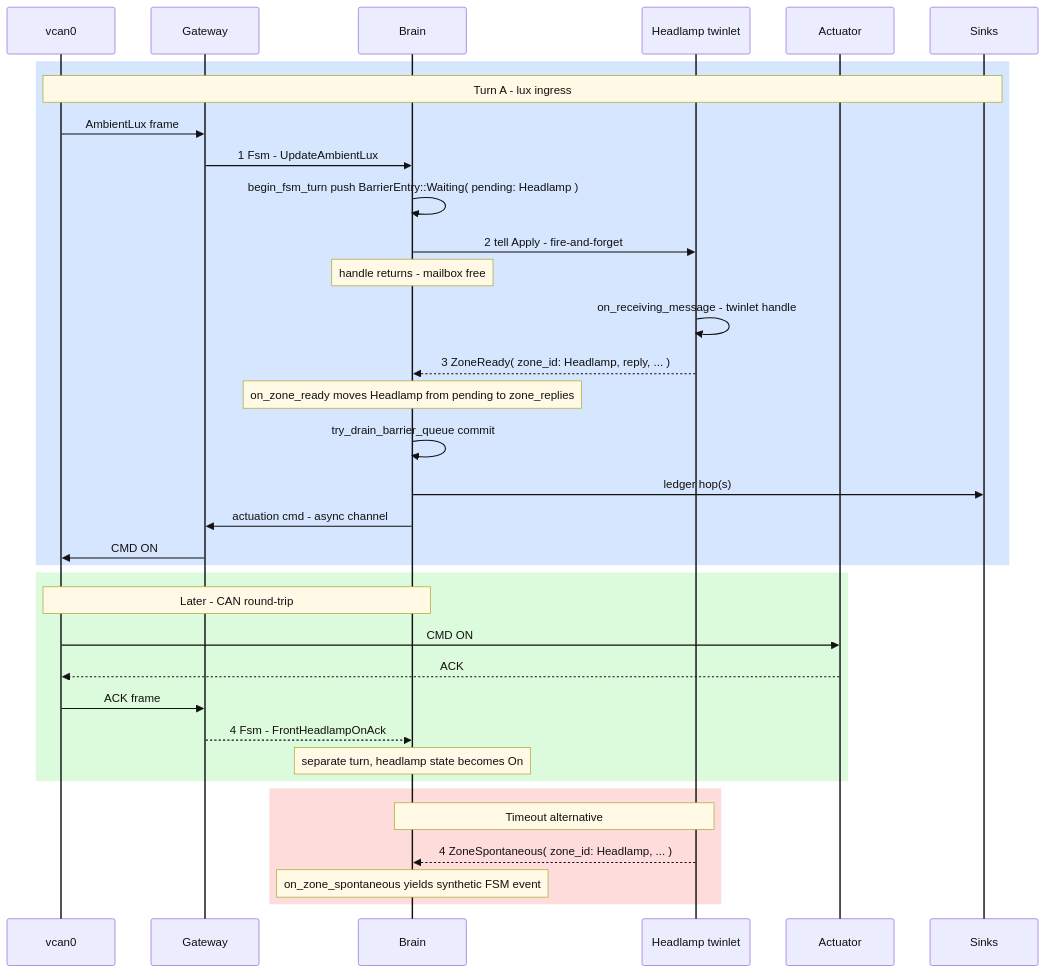
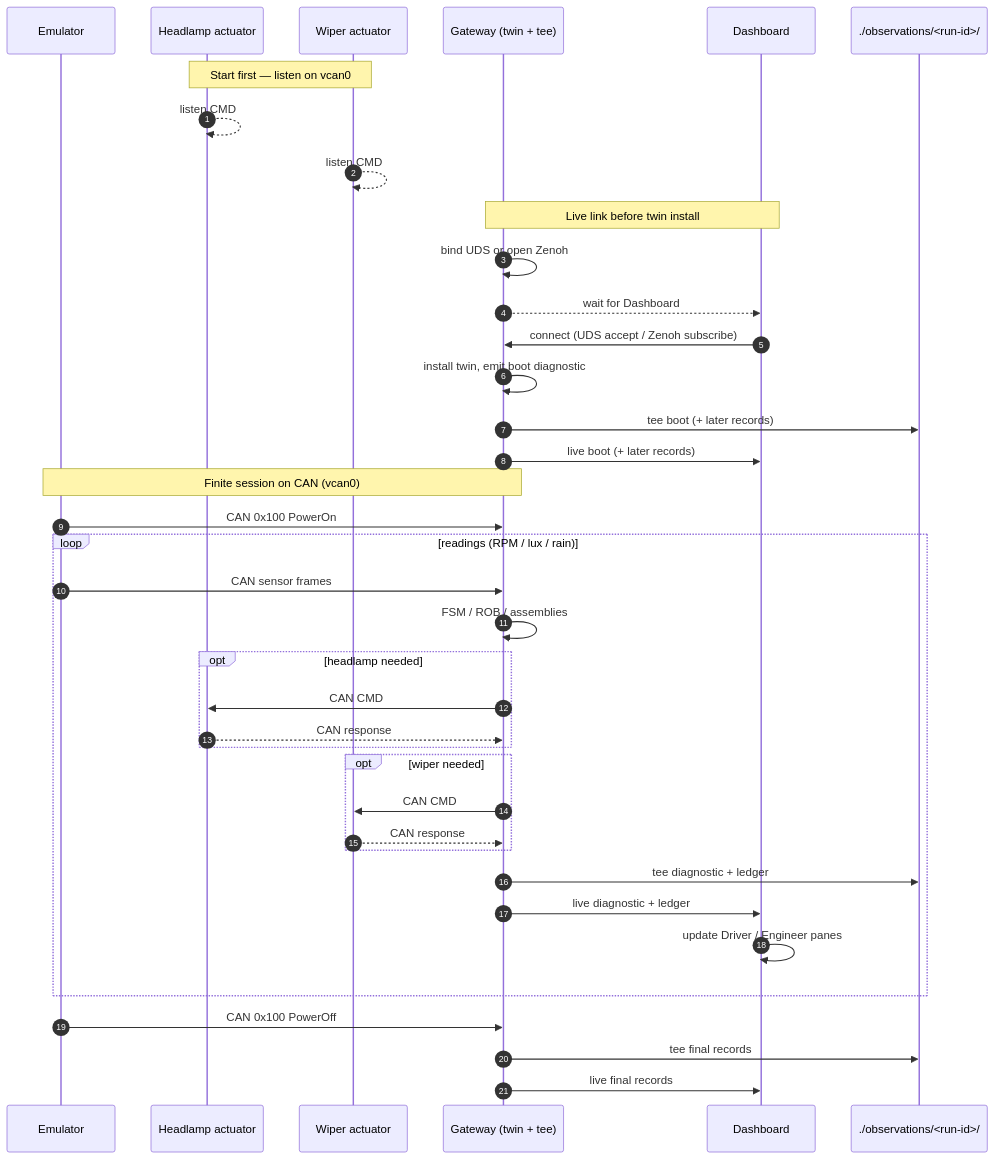
The diagram in README.md (nsengupta/sdv_simulation_5), drawn with Mermaid before and after one commit. The commit also changed other lines of this file and 128 other files, not shown here.

````diff
--- a/README.md
+++ b/README.md
@@ -241,54 +108,43 @@
 ```mermaid
----
-config:
-  theme: default
-  themeVariables:
-    signalColor: "#111111"
-    signalTextColor: "#111111"
-    actorLineColor: "#111111"
-    actorTextColor: "#111111"
-    noteBkgColor: "#fff9e6"
-    noteTextColor: "#111111"
----
 sequenceDiagram
-  participant CAN as vcan0
-  participant GW as Gateway
-  participant Brain as Brain
-  participant HL as Headlamp twinlet
-  participant Act as Actuator
-  participant Sink as Sinks
+    autonumber
+    participant E as Emulator
+    participant HL as Headlamp actuator
+    participant WP as Wiper actuator
+    participant G as Gateway (twin + tee)
+    participant D as Dashboard
+    participant Disk as ./observations/<run-id>/
 
-%% --- TURN A: LUX INGRESS (Light Blue Background) ---
-  rect rgb(215, 230, 255)
-    Note over CAN,Sink: Turn A - lux ingress
-    CAN->>GW: AmbientLux frame
-    GW->>Brain: 1 Fsm - UpdateAmbientLux
-    Brain->>Brain: begin_fsm_turn push BarrierEntry::Waiting( pending: Headlamp )
-    Brain->>HL: 2 tell Apply - fire-and-forget
-    Note over Brain: handle returns - mailbox free
-    HL->>HL: on_receiving_message - twinlet handle
-    HL-->>Brain: 3 ZoneReady( zone_id: Headlamp, reply, ... )
-    Note over Brain: on_zone_ready moves Headlamp from pending to zone_replies
-    Brain->>Brain: try_drain_barrier_queue commit
-    Brain->>Sink: ledger hop(s)
-    Brain->>GW: actuation cmd - async channel
-    GW->>CAN: CMD ON
-  end
+    Note over HL,WP: Start first — listen on vcan0
+    HL-->>HL: listen CMD
+    WP-->>WP: listen CMD
 
-%% --- CAN ROUND-TRIP (Light Green Background) ---
-  rect rgb(220, 250, 220)
-    Note over CAN,Brain: Later - CAN round-trip
-    CAN->>Act: CMD ON
-    Act-->>CAN: ACK
-    CAN->>GW: ACK frame
-    GW-->>Brain: 4 Fsm - FrontHeadlampOnAck
-    Note over Brain: separate turn, headlamp state becomes On
-  end
+    Note over G,D: Live link before twin install
+    G->>G: bind UDS or open Zenoh
+    G-->>D: wait for Dashboard
+    D->>G: connect (UDS accept / Zenoh subscribe)
+    G->>G: install twin, emit boot diagnostic
+    G->>Disk: tee boot (+ later records)
+    G->>D: live boot (+ later records)
 
-%% --- TIMEOUT ALTERNATIVE (Light Red Background) ---
-  rect rgb(255, 220, 220)
-    Note over HL,Brain: Timeout alternative
-    HL-->>Brain: 4 ZoneSpontaneous( zone_id: Headlamp, ... )
-    Note over Brain: on_zone_spontaneous yields synthetic FSM event
-  end
+    Note over E,G: Finite session on CAN (vcan0)
+    E->>G: CAN 0x100 PowerOn
+    loop readings (RPM / lux / rain)
+        E->>G: CAN sensor frames
+        G->>G: FSM / ROB / assemblies
+        opt headlamp needed
+            G->>HL: CAN CMD
+            HL-->>G: CAN response
+        end
+        opt wiper needed
+            G->>WP: CAN CMD
+            WP-->>G: CAN response
+        end
+        G->>Disk: tee diagnostic + ledger
+        G->>D: live diagnostic + ledger
+        D->>D: update Driver / Engineer panes
+    end
+    E->>G: CAN 0x100 PowerOff
+    G->>Disk: tee final records
+    G->>D: live final records
 ```
````
